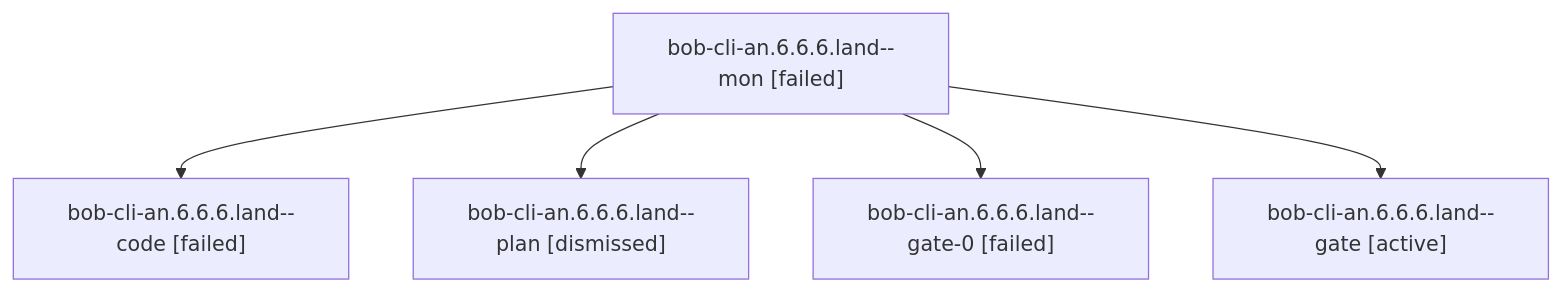
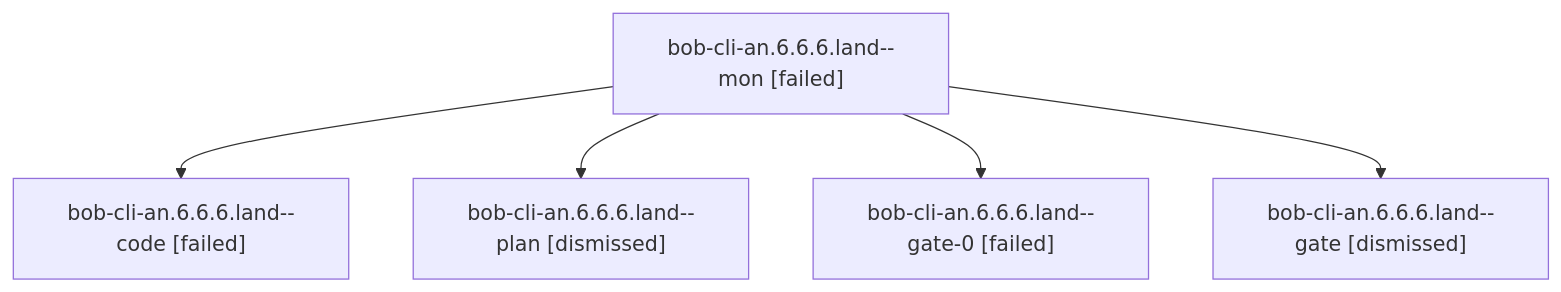
The diagram in sessions/bbugyi200.athena.bob-cli-an.6.6.6.land.md (bobs-org/bob-cli--agents), drawn with Mermaid before and after one commit. The commit also changed other lines of this file and 557 other files, not shown here.

````diff
--- a/sessions/bbugyi200.athena.bob-cli-an.6.6.6.land.md
+++ b/sessions/bbugyi200.athena.bob-cli-an.6.6.6.land.md
@@ -9,12 +9,12 @@
 ```mermaid
 flowchart TD
   n0["bob-cli-an.6.6.6.land--mon [failed]"]
   n1["bob-cli-an.6.6.6.land--code [failed]"]
   n0 --> n1
   n2["bob-cli-an.6.6.6.land--plan [dismissed]"]
   n0 --> n2
   n3["bob-cli-an.6.6.6.land--gate-0 [failed]"]
   n0 --> n3
-  n4["bob-cli-an.6.6.6.land--gate [active]"]
+  n4["bob-cli-an.6.6.6.land--gate [dismissed]"]
   n0 --> n4
 ```
````
